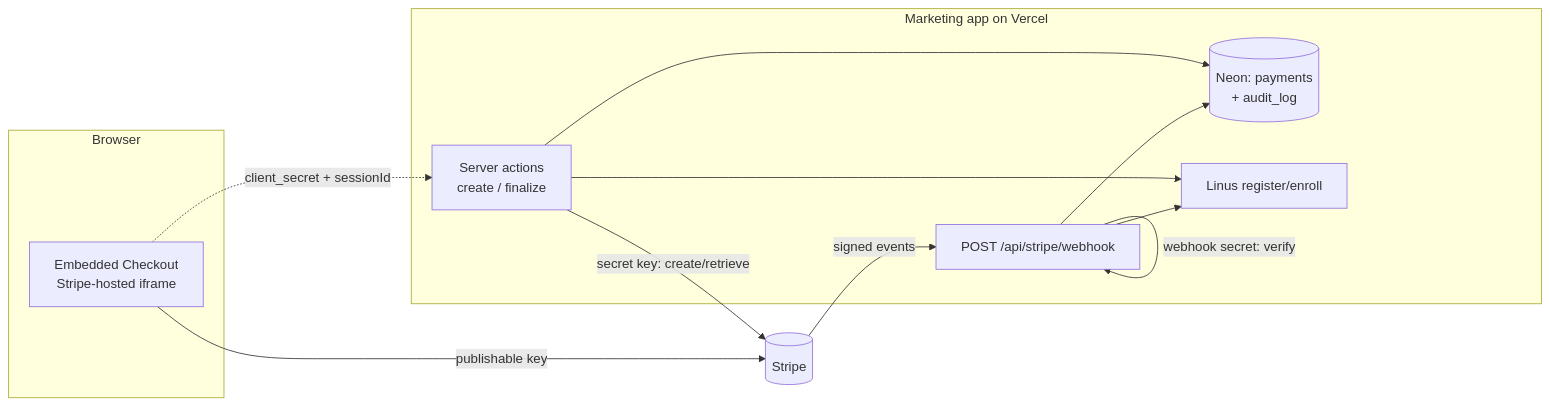
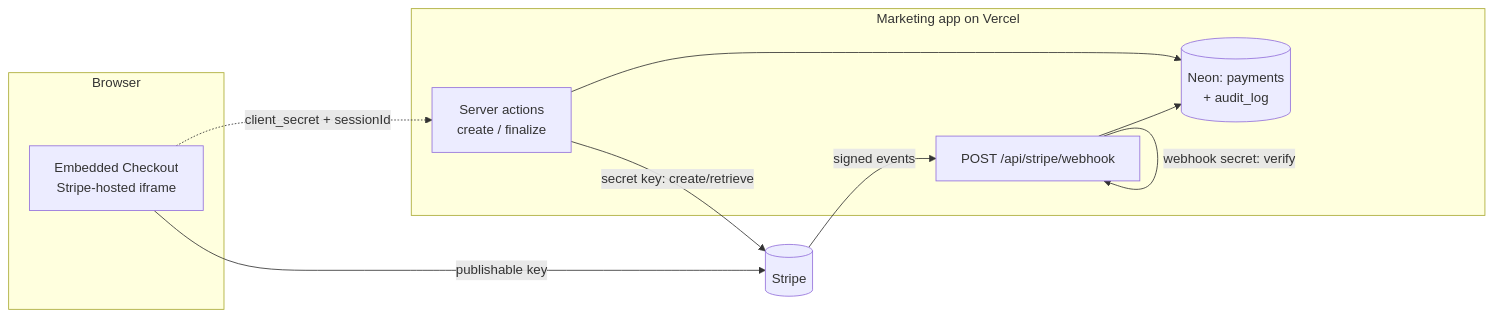
One commit to dbates-commits/primary-brain-health changed the first of 4 diagrams in docs/stripe-integration.md. Above: the diagram before and after it, drawn with Mermaid. The commit also changed other lines of this file and 15 other files, not shown here.

````diff
--- a/docs/stripe-integration.md
+++ b/docs/stripe-integration.md
@@ -89,23 +89,20 @@
 ```mermaid
 flowchart LR
     subgraph Browser
         PE[Embedded Checkout<br/>Stripe-hosted iframe]
     end
     subgraph Site[Marketing app on Vercel]
         SA[Server actions<br/>create / finalize]
         WH[POST /api/stripe/webhook]
         DB[(Neon: payments<br/>+ audit_log)]
-        LN[Linus register/enroll]
     end
     Stripe[(Stripe)]
 
     PE -->|publishable key| Stripe
     SA -->|secret key: create/retrieve| Stripe
     Stripe -->|signed events| WH
     WH -->|webhook secret: verify| WH
     SA --> DB
     WH --> DB
-    SA --> LN
-    WH --> LN
     PE -.client_secret + sessionId.-> SA
 ```
````
